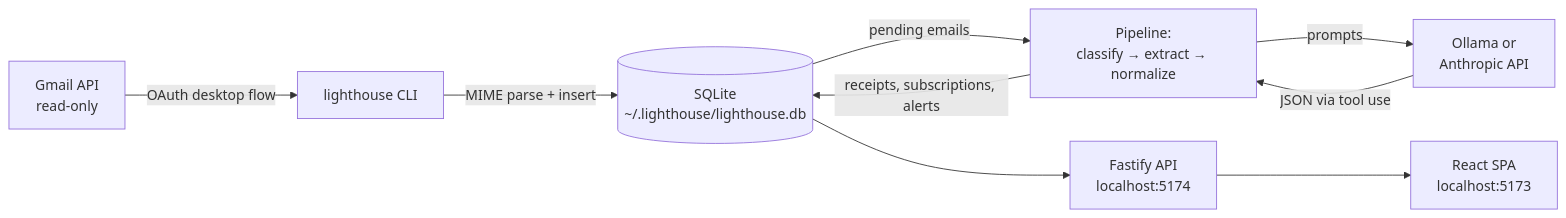
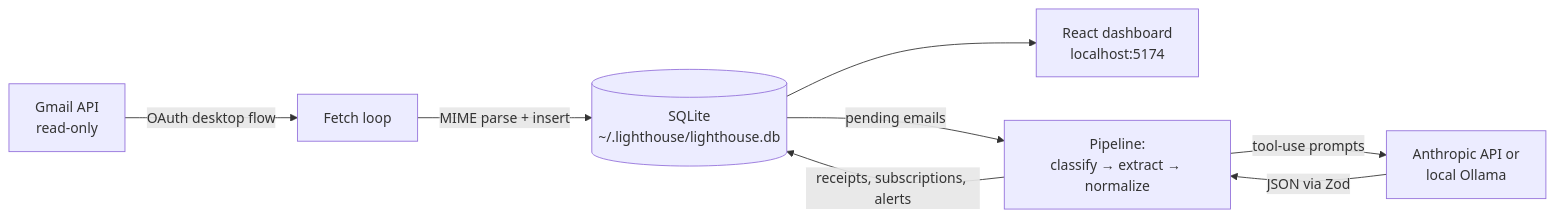
One commit to vnmoorthy/Lighthouse changed the diagram in README.md. Above: the diagram before and after it, drawn with Mermaid. The commit also changed other lines of this file and 11 other files, not shown here.

````diff
--- a/README.md
+++ b/README.md
@@ -69,18 +115,15 @@
 ```mermaid
 flowchart LR
     G[Gmail API<br/>read-only]
-    OL[Ollama or<br/>Anthropic API]
+    LLM[Anthropic API or<br/>local Ollama]
     DB[(SQLite<br/>~/.lighthouse/lighthouse.db)]
-    CLI[lighthouse CLI]
-    API[Fastify API<br/>localhost:5174]
-    UI[React SPA<br/>localhost:5173]
+    UI[React dashboard<br/>localhost:5174]
 
-    G -->|OAuth desktop flow| CLI
-    CLI -->|MIME parse + insert| DB
+    G -->|OAuth desktop flow| FETCH[Fetch loop]
+    FETCH -->|MIME parse + insert| DB
     DB -->|pending emails| EX[Pipeline:<br/>classify → extract → normalize]
-    EX -->|prompts| OL
-    OL -->|JSON via tool use| EX
+    EX -->|tool-use prompts| LLM
+    LLM -->|JSON via Zod| EX
     EX -->|receipts, subscriptions, alerts| DB
-    DB --> API
-    API --> UI
+    DB --> UI
 ```
````
